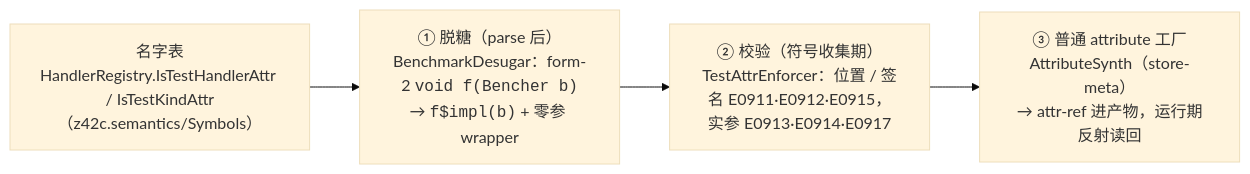
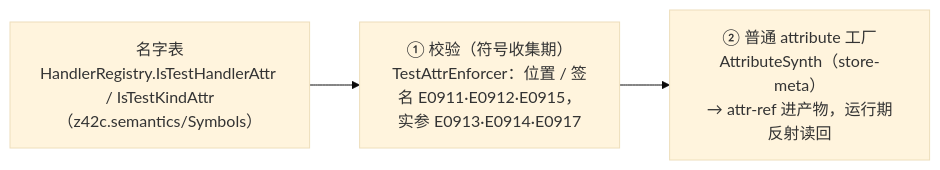
Before and after one commit to z42-lang/z42: the diagram in docs/internals/src/testing/framework.md, drawn with Mermaid (base theme). The commit also changed other lines of this file and 69 other files, not shown here.

````diff
--- a/docs/internals/src/testing/framework.md
+++ b/docs/internals/src/testing/framework.md
@@ -60,7 +60,6 @@
 ```mermaid
 flowchart LR
-  N["名字表<br/>HandlerRegistry.IsTestHandlerAttr / IsTestKindAttr<br/>（z42c.semantics/Symbols）"] --> D
-  D["① 脱糖（parse 后）<br/>BenchmarkDesugar：form-2 <code>void f(Bencher b)</code><br/>→ <code>f$impl(b)</code> + 零参 wrapper"] --> V
-  V["② 校验（符号收集期）<br/>TestAttrEnforcer：位置 / 签名 E0911·E0912·E0915，<br/>实参 E0913·E0914·E0917"] --> F
-  F["③ 普通 attribute 工厂<br/>AttributeSynth（store-meta）<br/>→ attr-ref 进产物，运行期反射读回"]
+  N["名字表<br/>HandlerRegistry.IsTestHandlerAttr / IsTestKindAttr<br/>（z42c.semantics/Symbols）"] --> V
+  V["① 校验（符号收集期）<br/>TestAttrEnforcer：位置 / 签名 E0911·E0912·E0915，<br/>实参 E0913·E0914·E0917"] --> F
+  F["② 普通 attribute 工厂<br/>AttributeSynth（store-meta）<br/>→ attr-ref 进产物，运行期反射读回"]
 ```
````
